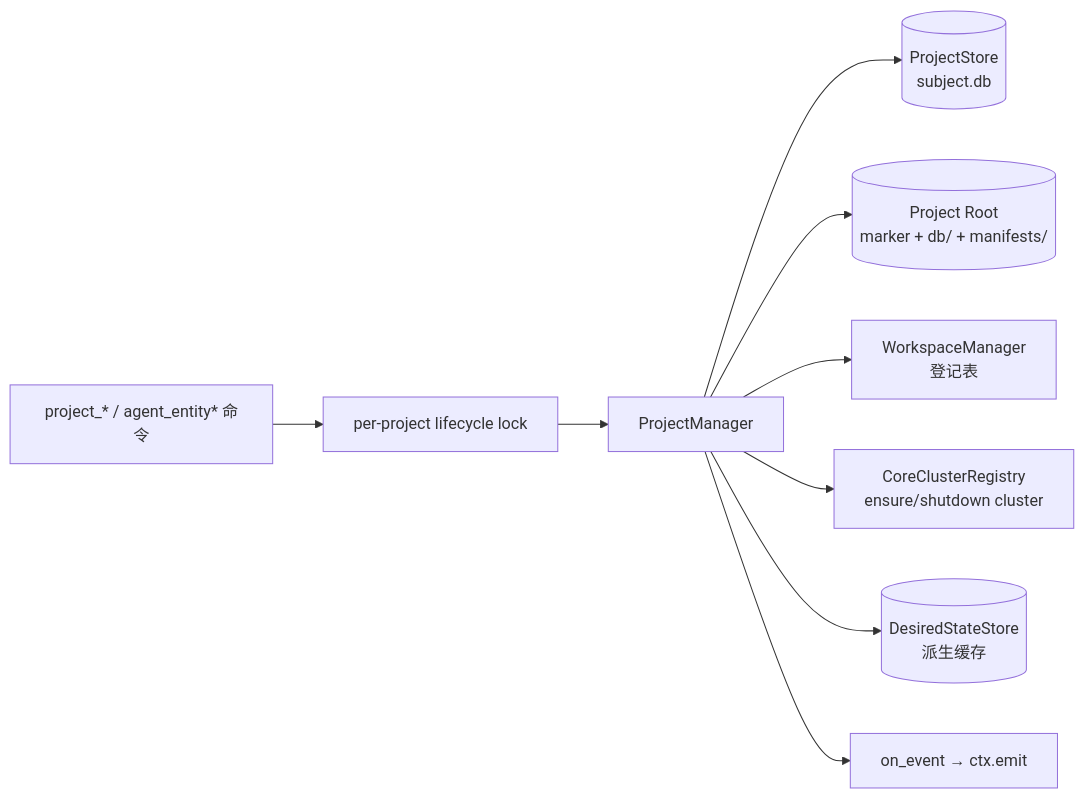
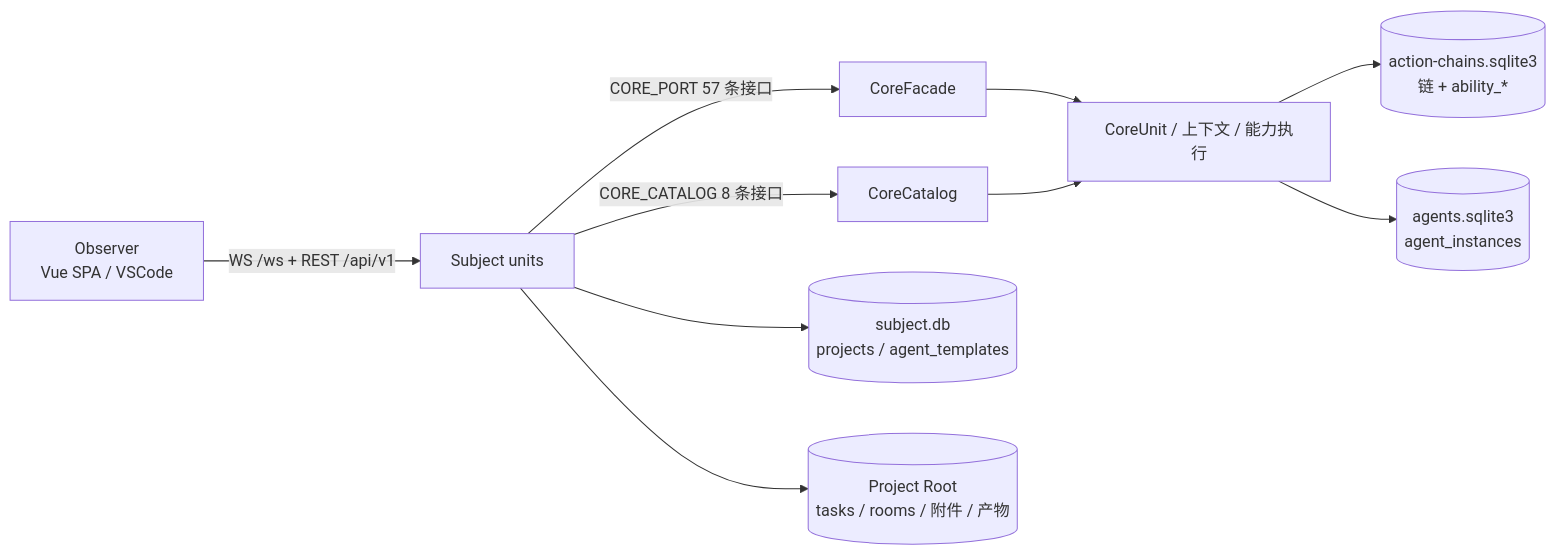
One commit to ghrah-org/ghrah-monorepo changed the first of 3 diagrams in docs/ARCHITECTURE.md. Above: the diagram before and after it, drawn with Mermaid. The commit also changed other lines of this file and 15 other files, not shown here.

````diff
--- a/docs/ARCHITECTURE.md
+++ b/docs/ARCHITECTURE.md
@@ -2239,11 +72,12 @@
 ```mermaid
 flowchart LR
-  CMD[project_* / agent_entity* 命令] --> LOCK[per-project lifecycle lock]
-  LOCK --> PM[ProjectManager]
-  PM --> PS[(ProjectStore<br/>subject.db)]
-  PM --> PR[(Project Root<br/>marker + db/ + manifests/)]
-  PM --> WM[WorkspaceManager<br/>登记表]
-  PM --> CR[CoreClusterRegistry<br/>ensure/shutdown cluster]
-  PM --> DS[(DesiredStateStore<br/>派生缓存)]
-  PM --> EV[on_event → ctx.emit]
+  OBS[Observer<br/>Vue SPA / VSCode] -->|WS /ws + REST /api/v1| SUB[Subject units]
+  SUB -->|CORE_PORT 57 条接口| PORT[CoreFacade]
+  SUB -->|CORE_CATALOG 8 条接口| CAT[CoreCatalog]
+  PORT --> CORE[CoreUnit / 上下文 / 能力执行]
+  CAT --> CORE
+  CORE --> DB1[(action-chains.sqlite3<br/>链 + ability_*)]
+  CORE --> DB2[(agents.sqlite3<br/>agent_instances)]
+  SUB --> DB3[(subject.db<br/>projects / agent_templates)]
+  SUB --> DB4[(Project Root<br/>tasks / rooms / 附件 / 产物)]
 ```
````
